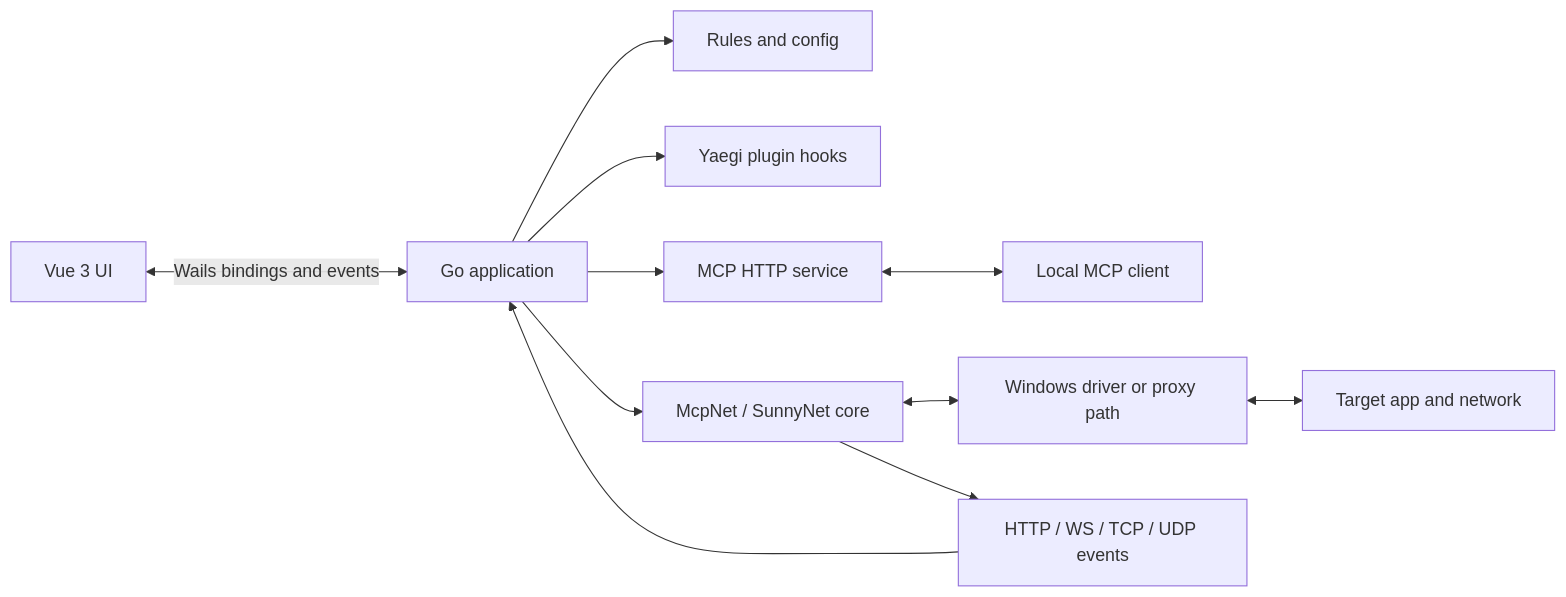
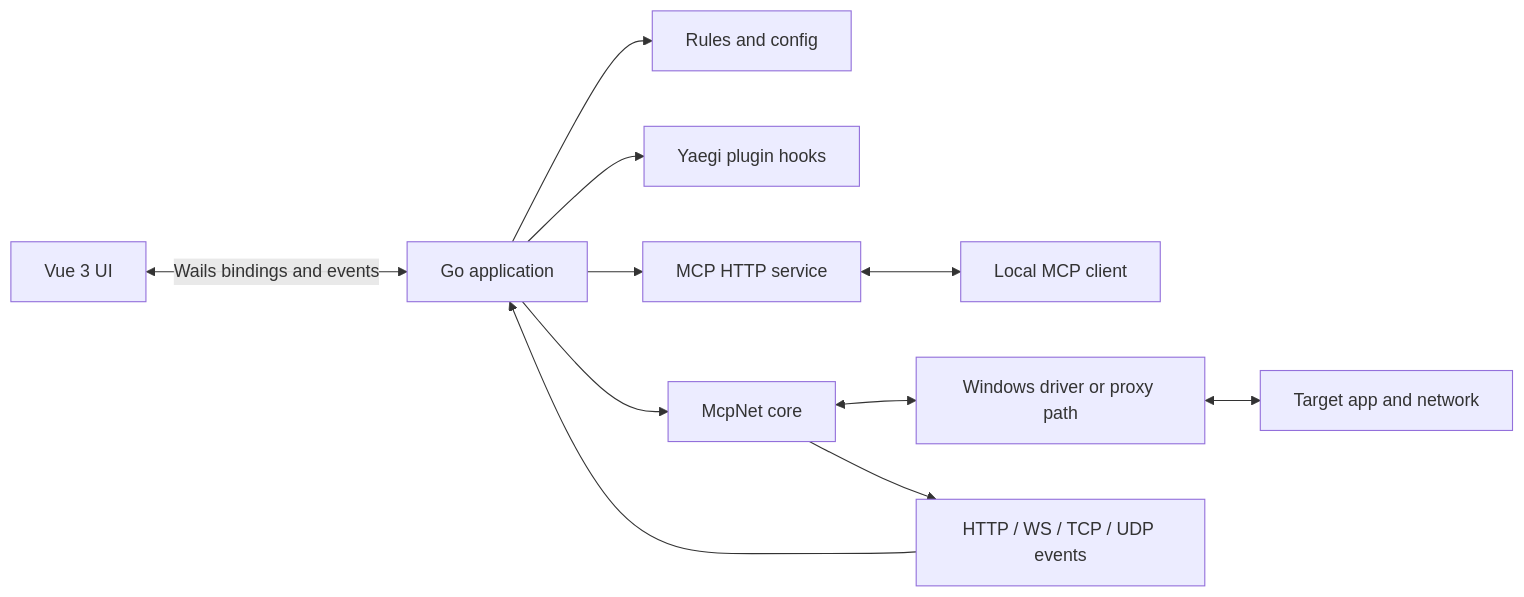
The eighth of 10 diagrams in docs/ARCHITECTURE.md (infycat/McpNet), drawn with Mermaid before and after one commit. The commit also changed other lines of this file and 66 other files, not shown here.

````diff
--- a/docs/ARCHITECTURE.md
+++ b/docs/ARCHITECTURE.md
@@ -237,13 +237,13 @@
 ```mermaid
 flowchart LR
   UI[Vue 3 UI] <-->|Wails bindings and events| APP[Go application]
   APP --> RULE[Rules and config]
   APP --> PLUG[Yaegi plugin hooks]
   APP --> MCP[MCP HTTP service]
-  APP --> CORE[McpNet / SunnyNet core]
+  APP --> CORE[McpNet core]
   CORE <--> DRV[Windows driver or proxy path]
   DRV <--> NET[Target app and network]
   MCP <--> CLIENT[Local MCP client]
   CORE --> EVT[HTTP / WS / TCP / UDP events]
   EVT --> APP
 ```
````
